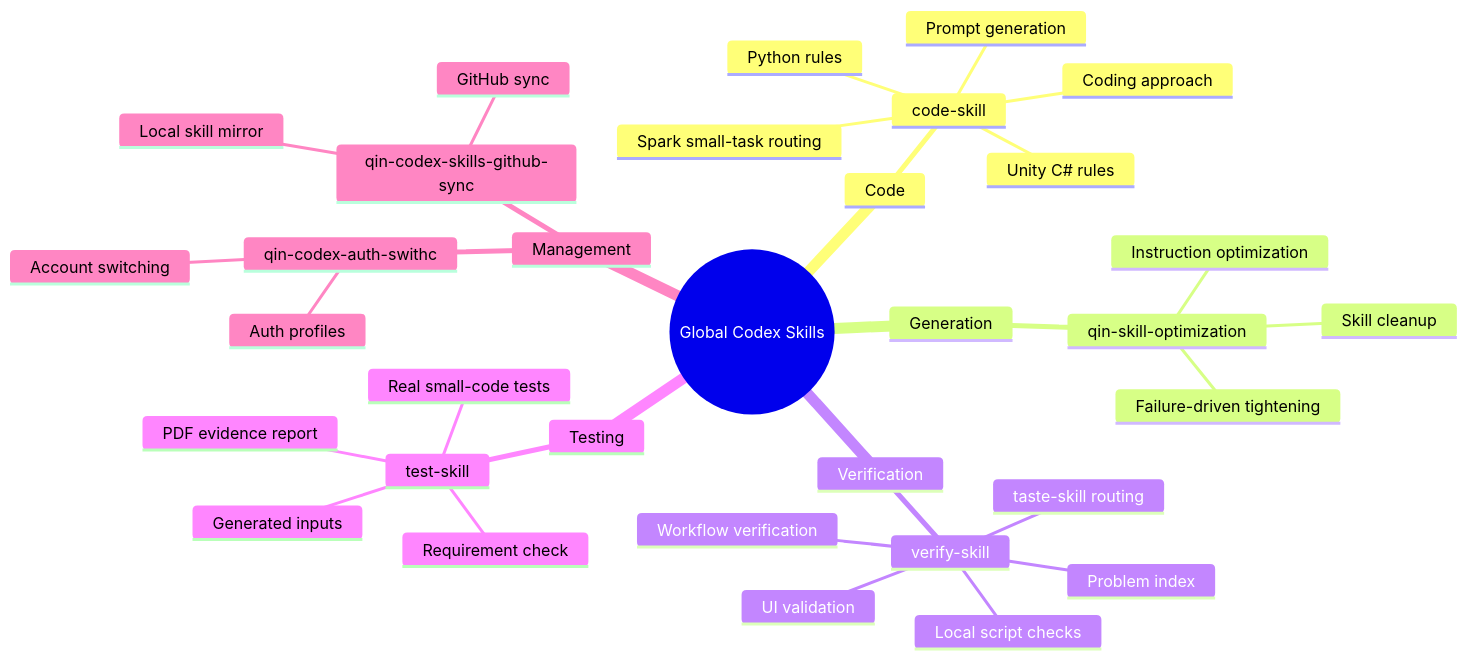
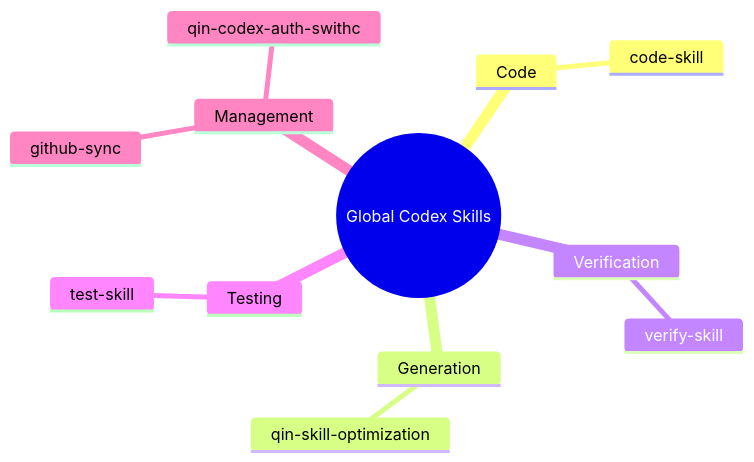
One commit to qinbatista/qin-codex-skills changed the diagram in current_global_skills_overview.md. Above: the diagram before and after it, drawn with Mermaid. The commit also changed other lines of this file and 6 other files, not shown here.

Commit message:
Rename skill sync to github-sync

````diff
--- a/current_global_skills_overview.md
+++ b/current_global_skills_overview.md
@@ -18,36 +18,15 @@
 ```mermaid
 mindmap
   root((Global Codex Skills))
     Code
       code-skill
-        Spark small-task routing
-        Coding approach
-        Prompt generation
-        Python rules
-        Unity C# rules
     Generation
       qin-skill-optimization
-        Skill cleanup
-        Instruction optimization
-        Failure-driven tightening
     Verification
       verify-skill
-        Workflow verification
-        Local script checks
-        UI validation
-        taste-skill routing
-        Problem index
     Testing
       test-skill
-        Real small-code tests
-        Generated inputs
-        PDF evidence report
-        Requirement check
     Management
+      github-sync
       qin-codex-auth-swithc
-        Auth profiles
-        Account switching
-      qin-codex-skills-github-sync
-        Local skill mirror
-        GitHub sync
 ```
````
